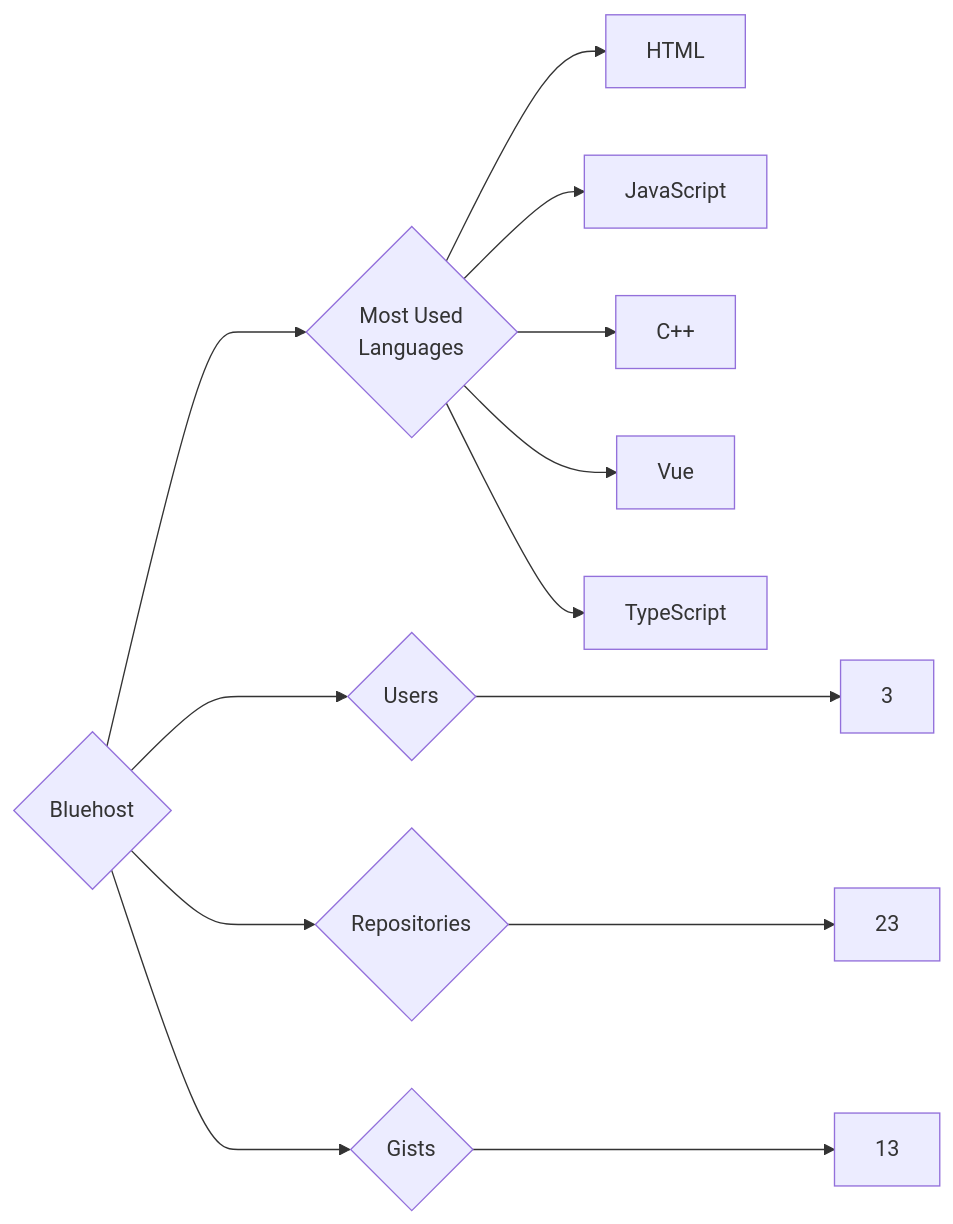
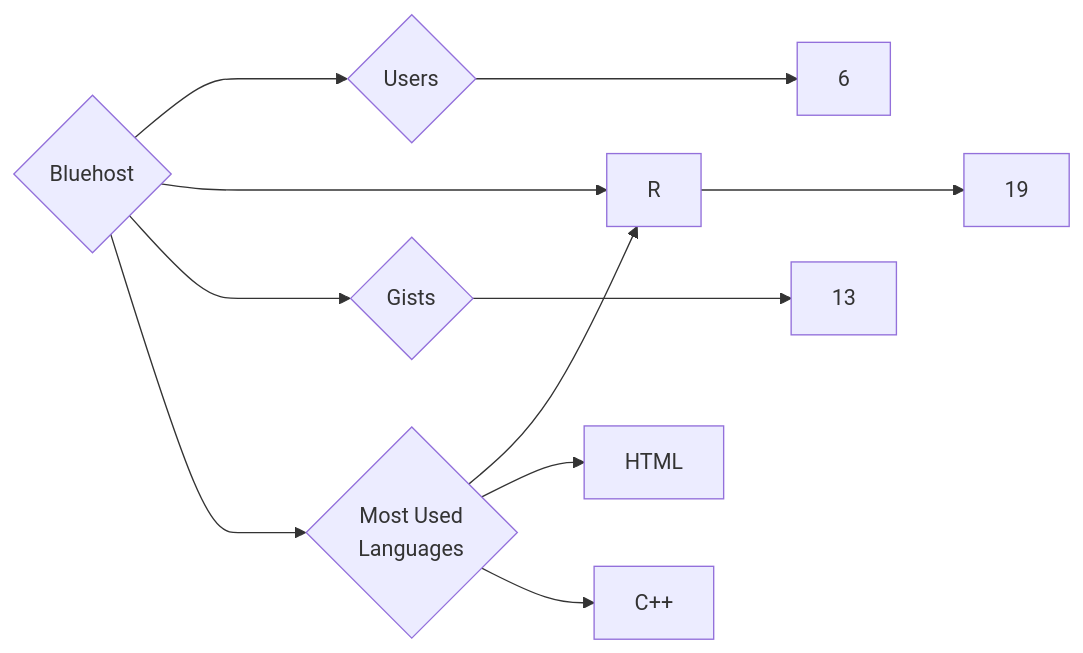
The diagram in targets/Bluehost/README.md (trickest/insiders), drawn with Mermaid before and after one commit. The commit also changed 724 other files, not shown here.

````diff
--- a/targets/Bluehost/README.md
+++ b/targets/Bluehost/README.md
@@ -3,13 +3,11 @@
 ```mermaid
 graph LR
 COMPANY_NAME{Bluehost}
-COMPANY_NAME ---> U{Users} ---> UN[3]
-COMPANY_NAME ---> R{Repositories} ---> RN[23]
+COMPANY_NAME ---> U{Users} ---> UN[6]
+COMPANY_NAME ---> R{Repositories} ---> RN[19]
 COMPANY_NAME ---> G{Gists} ---> GN[13]
 COMPANY_NAME ---> ML{Most Used<br>Languages}
+ML --> R[R]
 ML --> HTML[HTML]
-ML --> JavaScript[JavaScript]
 ML --> C++[C++]
-ML --> Vue[Vue]
-ML --> TypeScript[TypeScript]
 ```
````
